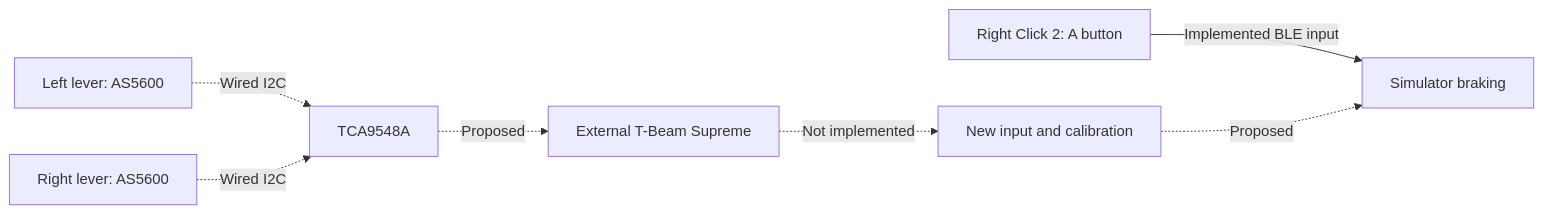
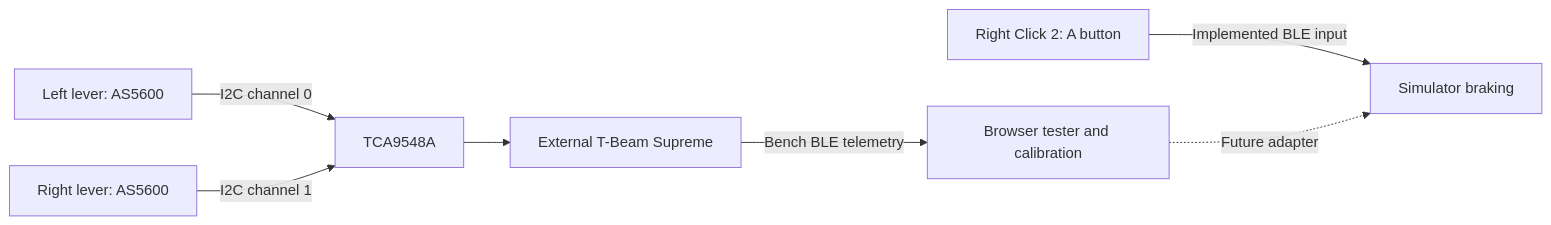
The diagram in docs/bluetooth-brakes.md (mfarre/mtb-indoor-bern), drawn with Mermaid before and after one commit. The commit also changed other lines of this file and 48 other files, not shown here.

Commit message:
Publish brake workshop with T-Beam firmware and Bluetooth tester

````diff
--- a/docs/bluetooth-brakes.md
+++ b/docs/bluetooth-brakes.md
@@ -39,9 +50,9 @@
 ```mermaid
 flowchart LR
     Click[Right Click 2: A button] -->|Implemented BLE input| Game[Simulator braking]
-    Left[Left lever: AS5600] -. Wired I2C .-> Mux[TCA9548A]
-    Right[Right lever: AS5600] -. Wired I2C .-> Mux
-    Mux -. Proposed .-> Radio[External T-Beam Supreme]
-    Radio -. Not implemented .-> Adapter[New input and calibration]
-    Adapter -. Proposed .-> Game
+    Left[Left lever: AS5600] -->|I2C channel 0| Mux[TCA9548A]
+    Right[Right lever: AS5600] -->|I2C channel 1| Mux
+    Mux --> Radio[External T-Beam Supreme]
+    Radio -->|Bench BLE telemetry| Tester[Browser tester and calibration]
+    Tester -. Future adapter .-> Game
 ```
````
